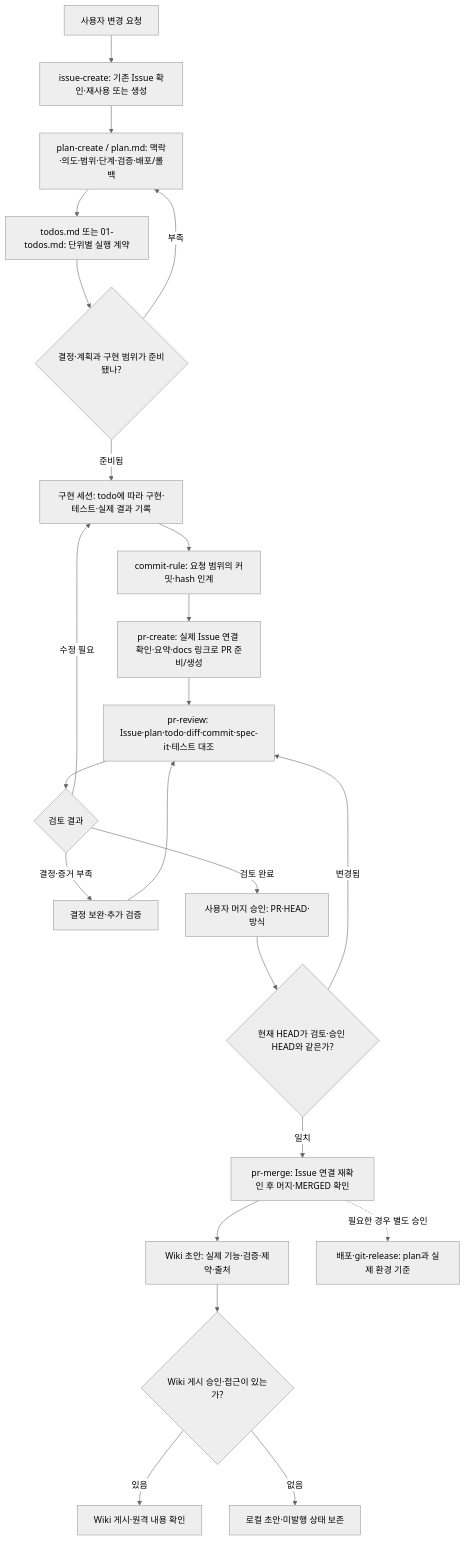
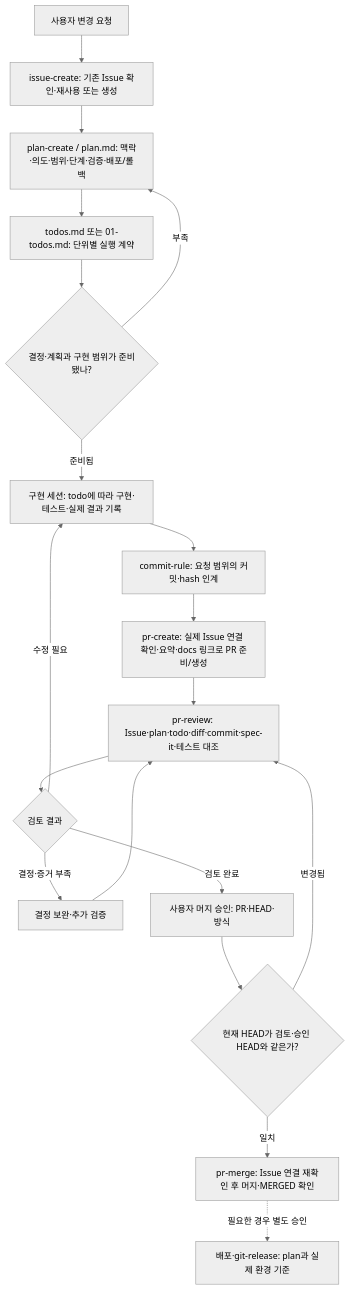
Before and after one commit to insung/git-workflow: the diagram in docs/workflow.md, drawn with Mermaid (neutral theme). The commit also changed other lines of this file and 48 other files, not shown here.

````diff
--- a/docs/workflow.md
+++ b/docs/workflow.md
@@ -7,25 +7,21 @@
 ```mermaid
 flowchart TD
     A[사용자 변경 요청] --> B[issue-create: 기존 Issue 확인·재사용 또는 생성]
     B --> C[plan-create / plan.md: 맥락·의도·범위·단계·검증·배포/롤백]
     C --> D[todos.md 또는 01-todos.md: 단위별 실행 계약]
     D --> G{결정·계획과 구현 범위가 준비됐나?}
     G -->|부족| C
     G -->|준비됨| E[구현 세션: todo에 따라 구현·테스트·실제 결과 기록]
     E --> F[commit-rule: 요청 범위의 커밋·hash 인계]
     F --> H[pr-create: 실제 Issue 연결 확인·요약·docs 링크로 PR 준비/생성]
     H --> I[pr-review: Issue·plan·todo·diff·commit·spec-it·테스트 대조]
     I --> J{검토 결과}
     J -->|수정 필요| E
     J -->|결정·증거 부족| K[결정 보완·추가 검증]
     K --> I
     J -->|검토 완료| L[사용자 머지 승인: PR·HEAD·방식]
     L --> M{현재 HEAD가 검토·승인 HEAD와 같은가?}
     M -->|변경됨| I
     M -->|일치| N[pr-merge: Issue 연결 재확인 후 머지·MERGED 확인]
-    N --> O[Wiki 초안: 실제 기능·검증·제약·출처]
-    O --> P{Wiki 게시 승인·접근이 있는가?}
-    P -->|있음| Q[Wiki 게시·원격 내용 확인]
-    P -->|없음| R[로컬 초안·미발행 상태 보존]
     N -. 필요한 경우 별도 승인 .-> S[배포·git-release: plan과 실제 환경 기준]
 ```
````
